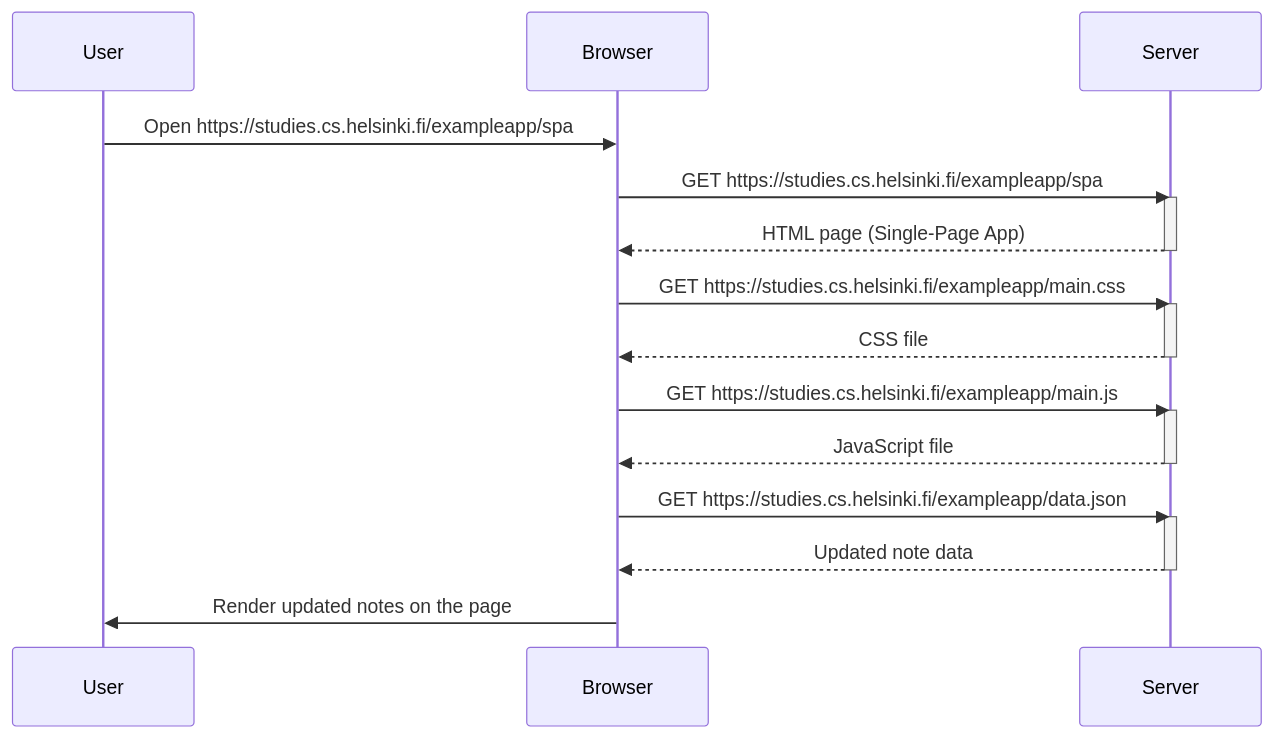
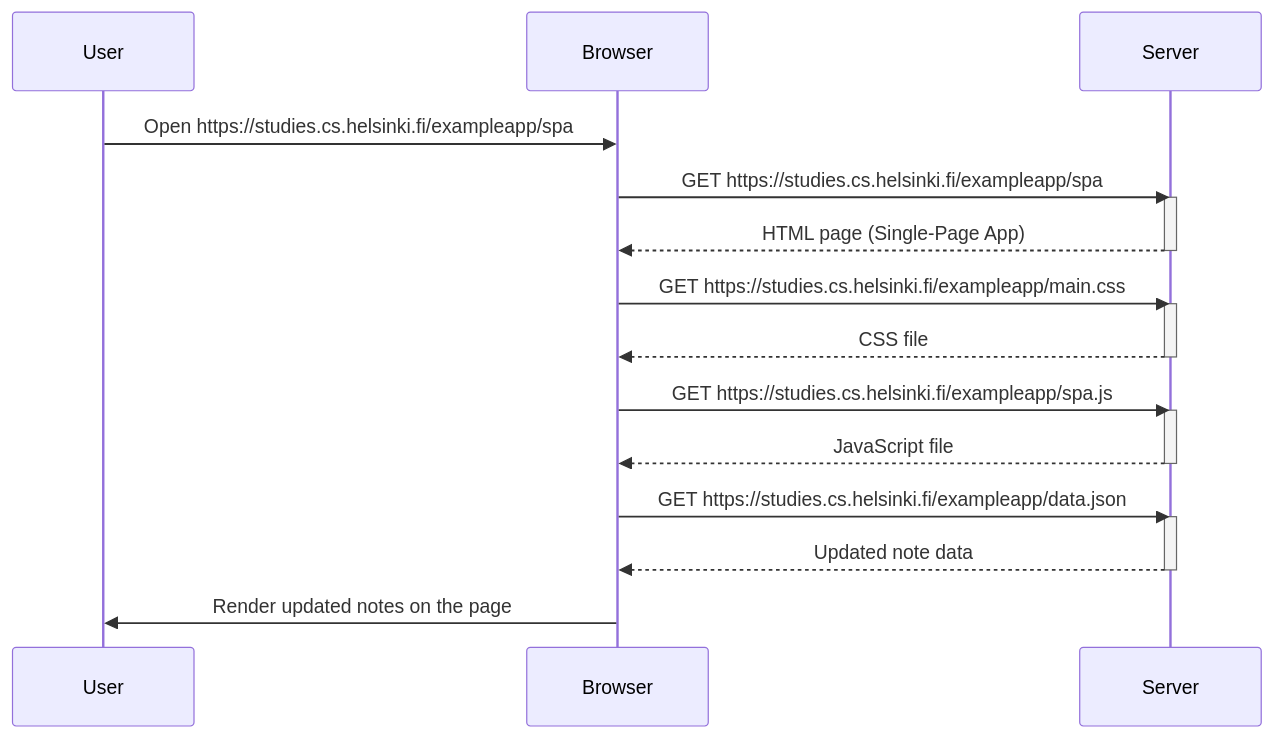
One commit to VictoriiaShtyreva/FullstackOpenUniversity changed the diagram in part0/exercises0.5.md. Above: the diagram before and after it, drawn with Mermaid. The commit also changed other lines of this file, not shown here.

````diff
--- a/part0/exercises0.5.md
+++ b/part0/exercises0.5.md
@@ -3,28 +3,28 @@
 ```mermaid
 sequenceDiagram
     participant User
     participant Browser
     participant Server
 
     User->>Browser: Open https://studies.cs.helsinki.fi/exampleapp/spa
     Browser->>Server: GET https://studies.cs.helsinki.fi/exampleapp/spa
     activate Server
     Server-->>Browser: HTML page (Single-Page App)
     deactivate Server
     Browser->>Server: GET https://studies.cs.helsinki.fi/exampleapp/main.css
     activate Server
     Server-->>Browser: CSS file
     deactivate Server
-    Browser->>Server: GET https://studies.cs.helsinki.fi/exampleapp/main.js
+    Browser->>Server: GET https://studies.cs.helsinki.fi/exampleapp/spa.js
     activate Server
     Server-->>Browser: JavaScript file
     deactivate Server
 
     Browser->>Server: GET https://studies.cs.helsinki.fi/exampleapp/data.json
     activate Server
     Server-->>Browser: Updated note data
     deactivate Server
 
     Browser->>User: Render updated notes on the page
 
 ```
````
